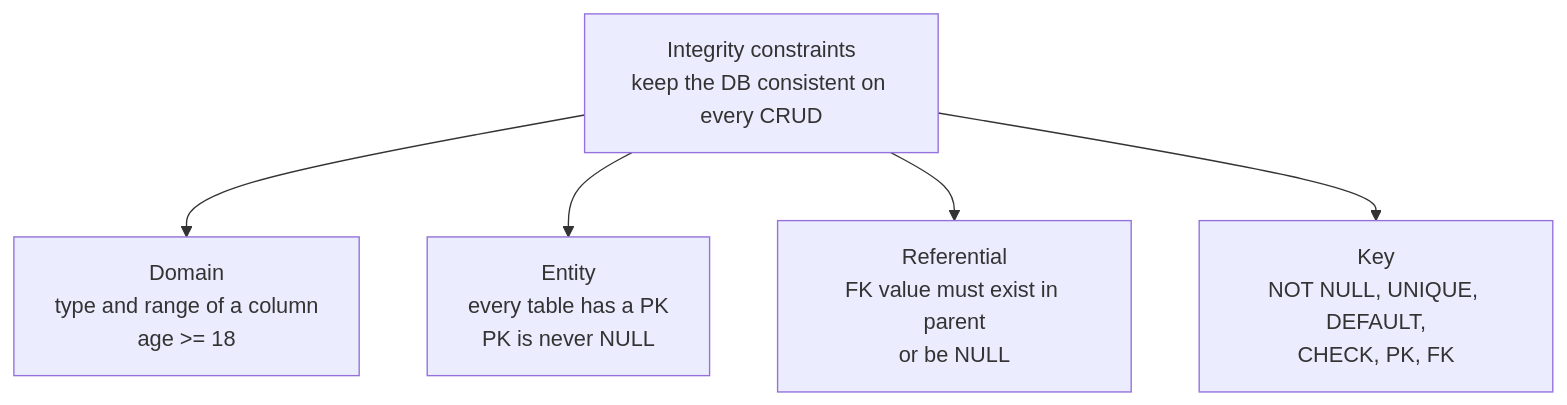
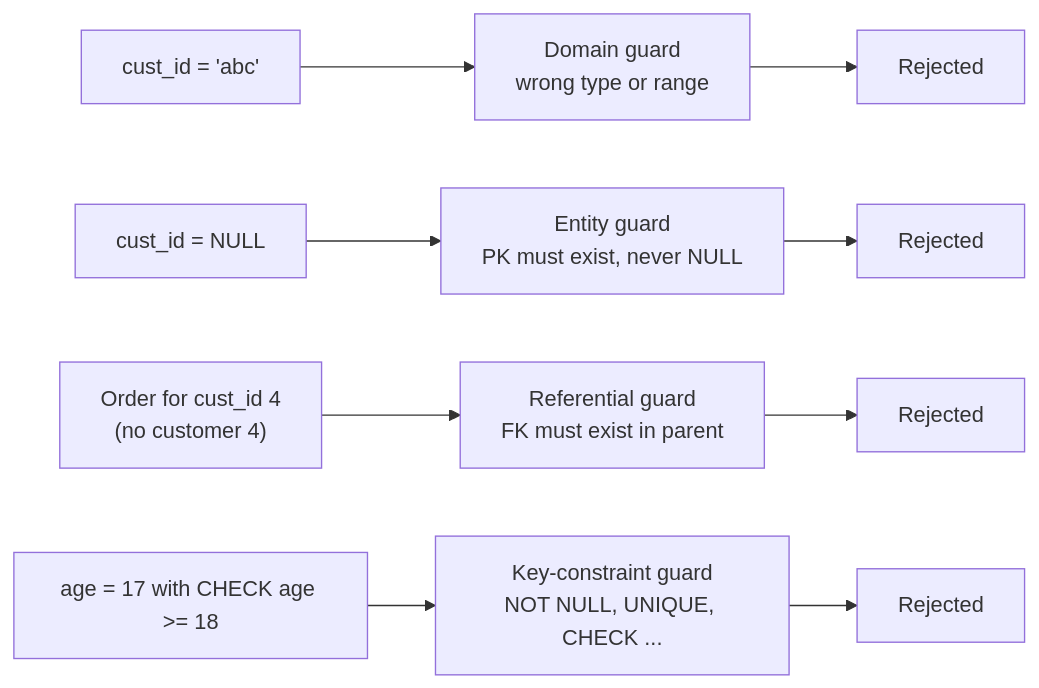
The ninth of 10 diagrams in dbms/07-relational-model.md (aaryan-pradhan/core-cs-fundamentals), drawn with Mermaid before and after one commit. The commit also changed other lines of this file, not shown here.

````diff
--- a/dbms/07-relational-model.md
+++ b/dbms/07-relational-model.md
@@ -96,8 +146,7 @@
 ```mermaid
-flowchart TB
-  IC["Integrity constraints<br/>keep the DB consistent on every CRUD"]
-  IC --> D["Domain<br/>type and range of a column<br/>age >= 18"]
-  IC --> E["Entity<br/>every table has a PK<br/>PK is never NULL"]
-  IC --> R["Referential<br/>FK value must exist in parent<br/>or be NULL"]
-  IC --> K["Key<br/>NOT NULL, UNIQUE, DEFAULT,<br/>CHECK, PK, FK"]
+flowchart LR
+  X1["cust_id = 'abc'"] --> G1["Domain guard<br/>wrong type or range"] --> N1["Rejected"]
+  X2["cust_id = NULL"] --> G2["Entity guard<br/>PK must exist, never NULL"] --> N2["Rejected"]
+  X3["Order for cust_id 4<br/>(no customer 4)"] --> G3["Referential guard<br/>FK must exist in parent"] --> N3["Rejected"]
+  X4["age = 17 with CHECK age >= 18"] --> G4["Key-constraint guard<br/>NOT NULL, UNIQUE, CHECK ..."] --> N4["Rejected"]
 ```
````
